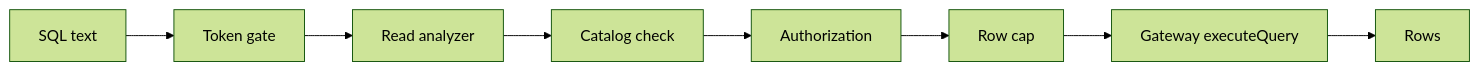
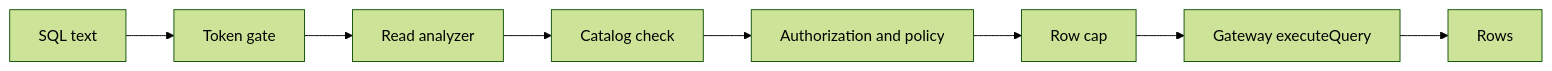
The second of 2 diagrams in docs/architecture.md (Gustavo-Ale07/db-sankhya), drawn with Mermaid (forest theme) before and after one commit. The commit also changed other lines of this file and 28 other files, not shown here.

````diff
--- a/docs/architecture.md
+++ b/docs/architecture.md
@@ -33,5 +52,5 @@
 ```mermaid
 flowchart LR
   SQL[SQL text] --> G[Token gate] --> A[Read analyzer] --> C[Catalog check]
-  C --> P[Authorization] --> W[Row cap] --> X[Gateway executeQuery] --> RES[Rows]
+  C --> P[Authorization and policy] --> W[Row cap] --> X[Gateway executeQuery] --> RES[Rows]
 ```
````
